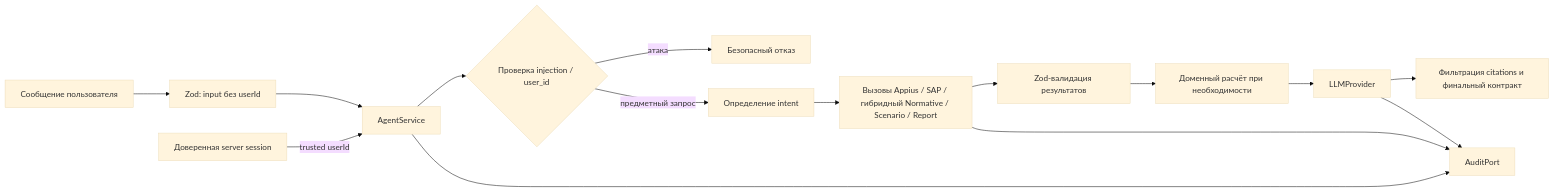
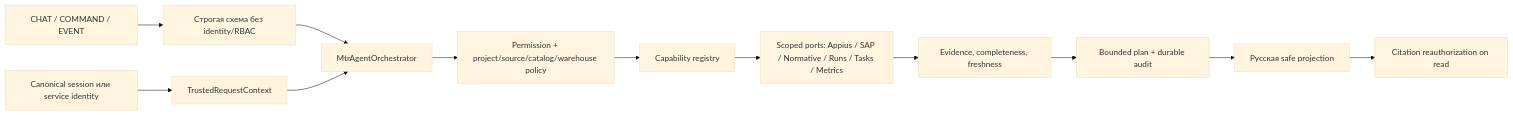
One commit to Fedaikin/mtr-ai-demo changed the diagram in docs/agent-behavior.md. Above: the diagram before and after it, drawn with Mermaid (base theme). The commit also changed other lines of this file and 9 other files, not shown here.

````diff
--- a/docs/agent-behavior.md
+++ b/docs/agent-behavior.md
@@ -24,17 +24,14 @@
 ```mermaid
 flowchart LR
-  U["Сообщение пользователя"] --> V["Zod: input без userId"]
-  S["Доверенная server session"] -->|"trusted userId"| A["AgentService"]
-  V --> A
-  A --> G{"Проверка injection / user_id"}
-  G -->|"атака"| B["Безопасный отказ"]
-  G -->|"предметный запрос"| R["Определение intent"]
-  R --> T["Вызовы Appius / SAP / гибридный Normative / Scenario / Report"]
-  T --> Z["Zod-валидация результатов"]
-  Z --> D["Доменный расчёт при необходимости"]
-  D --> L["LLMProvider"]
-  L --> C["Фильтрация citations и финальный контракт"]
-  A --> AU["AuditPort"]
-  T --> AU
-  L --> AU
+  I["CHAT / COMMAND / EVENT"] --> V["Строгая схема без identity/RBAC"]
+  S["Canonical session или service identity"] --> C["TrustedRequestContext"]
+  V --> O["MtrAgentOrchestrator"]
+  C --> O
+  O --> P["Permission + project/source/catalog/warehouse policy"]
+  P --> R["Capability registry"]
+  R --> T["Scoped ports: Appius / SAP / Normative / Runs / Tasks / Metrics"]
+  T --> E["Evidence, completeness, freshness"]
+  E --> B["Bounded plan + durable audit"]
+  B --> U["Русская safe projection"]
+  U --> X["Citation reauthorization on read"]
 ```
````
